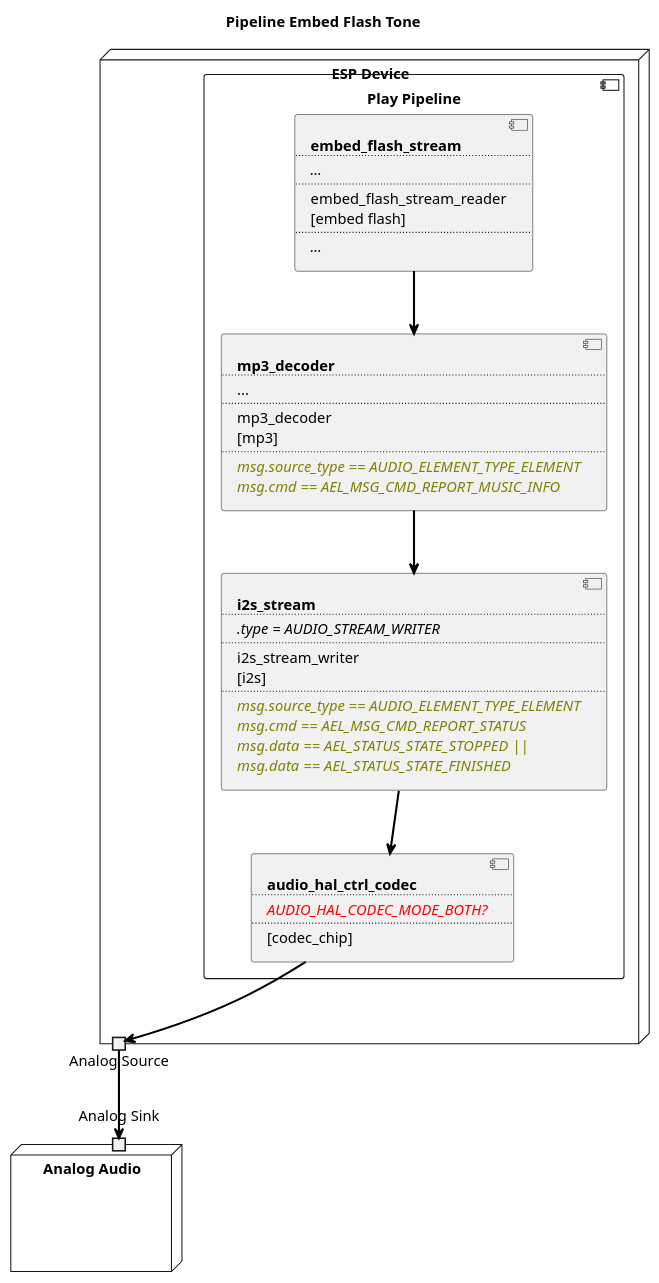
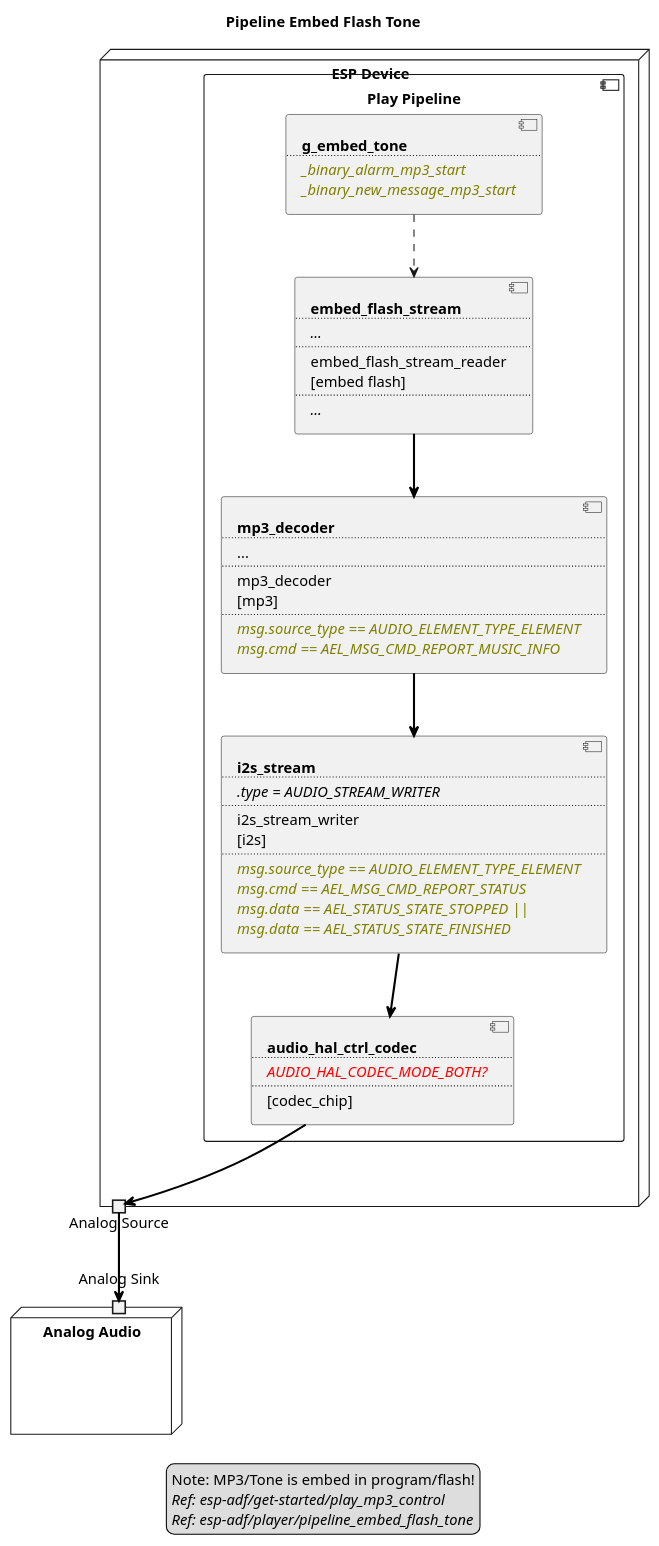
Before and after one commit to liang-zhu-zi/open-audio-adapter: the diagram in examples/esp-adf/player/pipeline_embed_flash_tone/audio-stream-diagram.plantuml, drawn with PlantUML. The commit also changed 6 other files, not shown here.

Commit message:
add audio flow chart

```diff
--- a/examples/esp-adf/player/pipeline_embed_flash_tone/audio-stream-diagram.plantuml
+++ b/examples/esp-adf/player/pipeline_embed_flash_tone/audio-stream-diagram.plantuml
@@ -1,69 +1,82 @@
 @startuml pipeline_embed_flash_tone
 title Pipeline Embed Flash Tone
 allowmixing
 
+legend
+Note: MP3/Tone is embed in program/flash!
+//Ref: esp-adf/get-started/play_mp3_control//
+//Ref: esp-adf/player/pipeline_embed_flash_tone//
+end legend
+
 node "ESP Device" as ESPDevice {
 
     component "Play Pipeline" as PlayPipeline {
+        component GEmbedTone [
+            <b>g_embed_tone
+            ....
+            <i><color olive>_binary_alarm_mp3_start
+            <i><color olive>_binary_new_message_mp3_start
+        ]
 
         component EmbedFlashStream [
             <b>embed_flash_stream
             ....
             <i>...
             ....
             embed_flash_stream_reader
             [embed flash]
             ....
             <i>...
         ]
 
         component Mp3Decoder [
             <b>mp3_decoder
             ....
             ...
             ....
             mp3_decoder
             [mp3]
             ....
             <i><color olive>msg.source_type == AUDIO_ELEMENT_TYPE_ELEMENT
             <i><color olive>msg.cmd == AEL_MSG_CMD_REPORT_MUSIC_INFO
         ]
 
         component I2SStream [
             <b>i2s_stream
             ....
             <i>.type = AUDIO_STREAM_WRITER
             ....
             i2s_stream_writer
             [i2s]
             ....
             <i><color olive>msg.source_type == AUDIO_ELEMENT_TYPE_ELEMENT
             <i><color olive>msg.cmd == AEL_MSG_CMD_REPORT_STATUS
             <i><color olive>msg.data == AEL_STATUS_STATE_STOPPED ||
             <i><color olive>msg.data == AEL_STATUS_STATE_FINISHED
         ]
 
         component HALCodec [
             <b>audio_hal_ctrl_codec
             ....
             <i><color red>AUDIO_HAL_CODEC_MODE_BOTH?
             ....
             [codec_chip]
         ]
     }
 
     portout "Analog Source" as AnalogSource
 } 
 
 node "Analog Audio" as AnalogAudio  {
     portin "Analog Sink" as AnalogSink
 }
 
+GEmbedTone -[dashed]-> EmbedFlashStream
 EmbedFlashStream --> Mp3Decoder #line:black;line.bold;text:black
 Mp3Decoder --> I2SStream        #line:black;line.bold;text:black
 I2SStream  --> HALCodec         #line:black;line.bold;text:black
 HALCodec   --> AnalogSource     #line:black;line.bold;text:black
 
 AnalogSource --> AnalogSink     #line:black;line.bold;text:black
 
 @enduml
```
